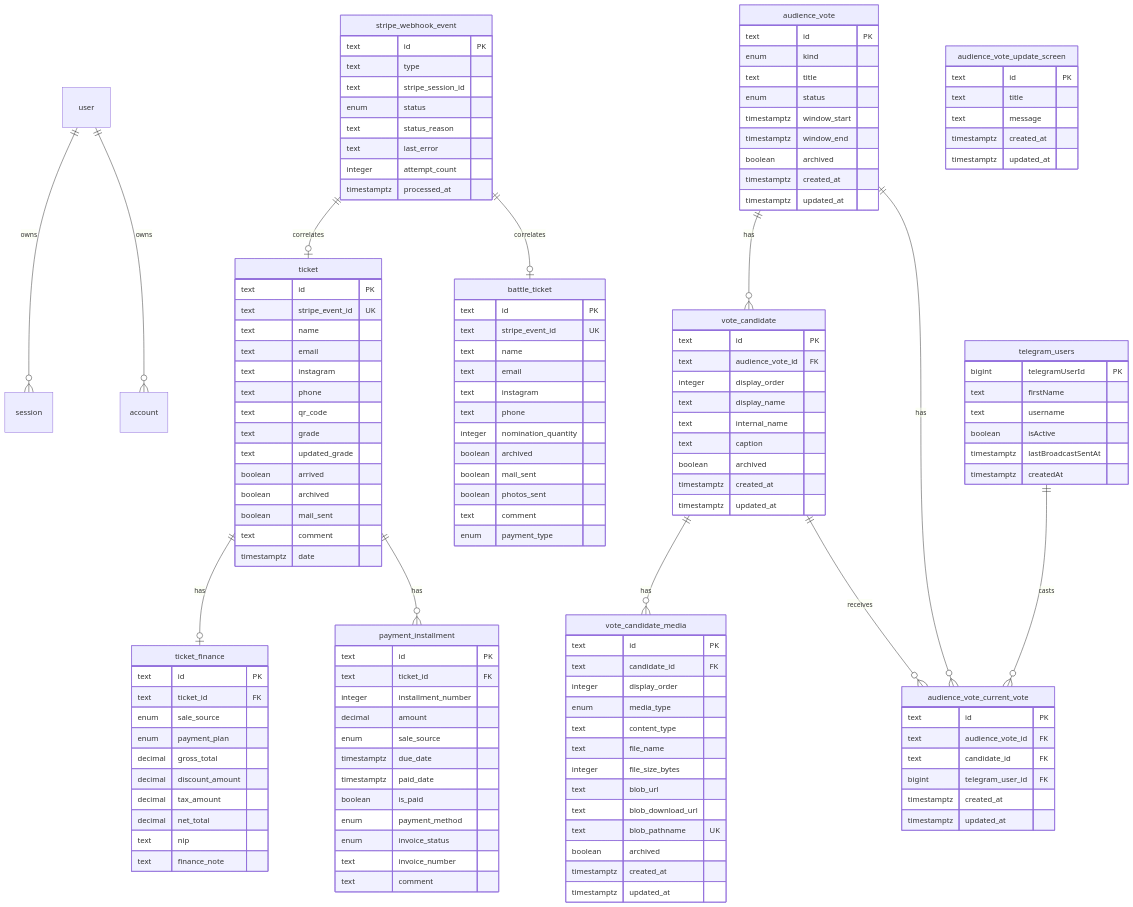
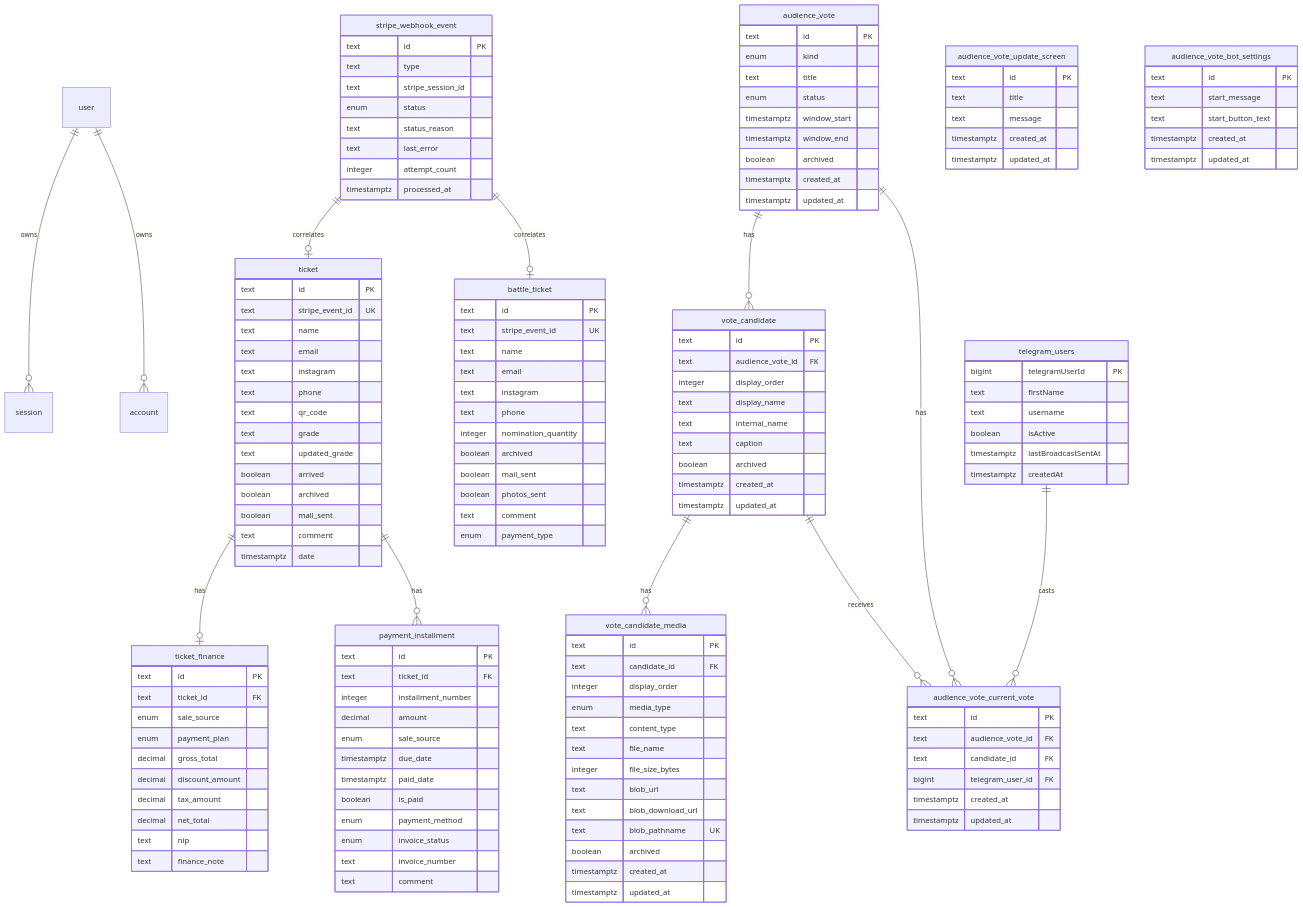
One commit to serhiihaniuk/nailmoment-dashboard changed the diagram in docs/data-model.md. Above: the diagram before and after it, drawn with Mermaid. The commit also changed other lines of this file and 17 other files, not shown here.

Commit message:
Add configurable audience vote bot message

````diff
--- a/docs/data-model.md
+++ b/docs/data-model.md
@@ -161,4 +161,12 @@
     timestamptz updated_at
   }
 
+  audience_vote_bot_settings {
+    text id PK
+    text start_message
+    text start_button_text
+    timestamptz created_at
+    timestamptz updated_at
+  }
+
 ```
````
